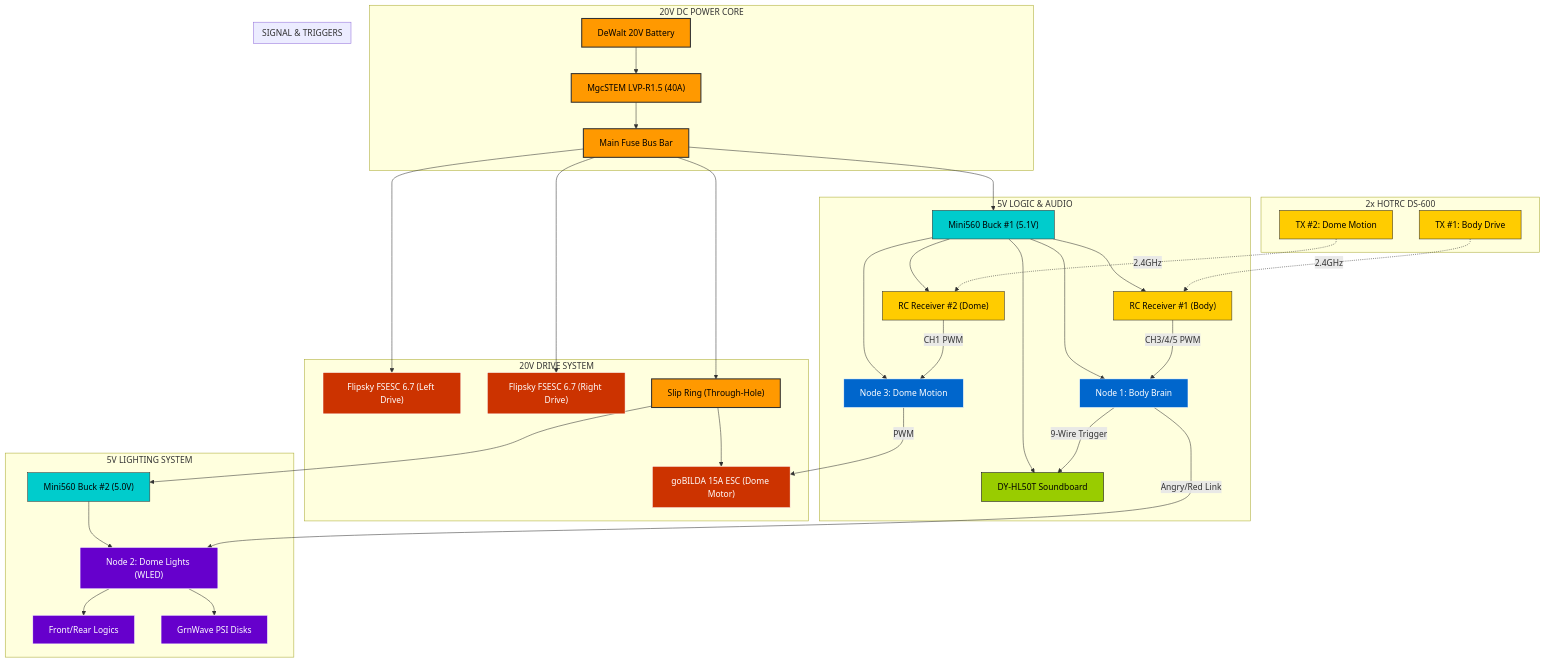
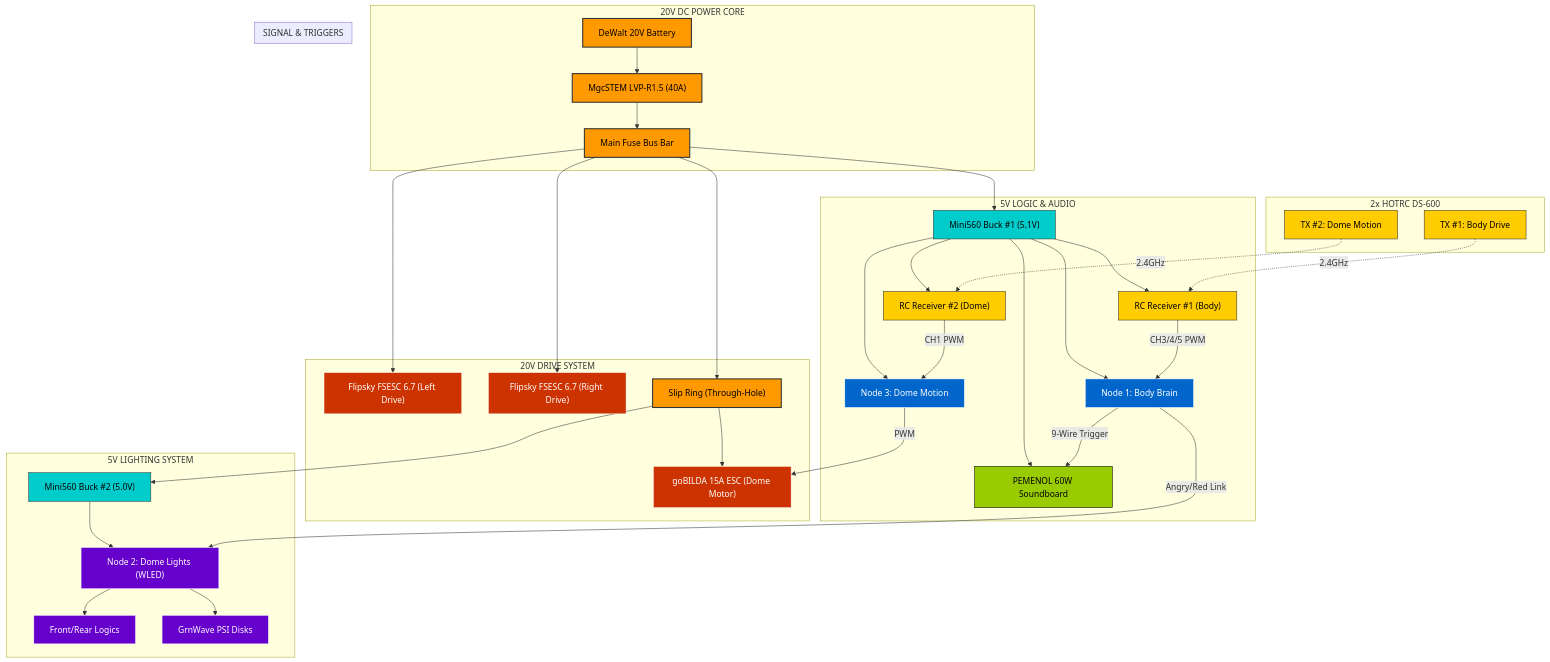
One commit to Ruzzler/Wee2-D2 changed the diagram in docs/electrical/electrical-schematic.md. Above: the diagram before and after it, drawn with Mermaid. The commit also changed 9 other files, not shown here.

Commit message:
Hardware Update: Rebranded soundboard to PEMENOL 60W and integrated product photos into manuals

````diff
--- a/docs/electrical/electrical-schematic.md
+++ b/docs/electrical/electrical-schematic.md
@@ -12,68 +12,68 @@
 ```mermaid
 graph TD
     subgraph TRANSMITTERS [2x HOTRC DS-600]
         TX1["TX #1: Body Drive"]:::signal
         TX2["TX #2: Dome Motion"]:::signal
     end
 
     subgraph POWER_SOURCE [20V DC POWER CORE]
         BAT["DeWalt 20V Battery"]:::power --> LVC["MgcSTEM LVP-R1.5 (40A)"]:::power
         LVC --> FUSE["Main Fuse Bus Bar"]:::power
     end
 
     subgraph HIGH_POWER_RAIL [20V DRIVE SYSTEM]
         FUSE --> ESC1["Flipsky FSESC 6.7 (Left Drive)"]:::drive
         FUSE --> ESC2["Flipsky FSESC 6.7 (Right Drive)"]:::drive
         FUSE --> SLIP["Slip Ring (Through-Hole)"]:::power
         SLIP --> ESC3["goBILDA 15A ESC (Dome Motor)"]:::drive
     end
 
     subgraph LOGIC_RAIL [5V LOGIC & AUDIO]
         FUSE --> BUCK1["Mini560 Buck #1 (5.1V)"]:::logic
         BUCK1 --> ESP1["Node 1: Body Brain"]:::brain
         BUCK1 --> ESP3["Node 3: Dome Motion"]:::brain
-        BUCK1 --> AUDIO["DY-HL50T Soundboard"]:::audio
+        BUCK1 --> AUDIO["PEMENOL 60W Soundboard"]:::audio
         BUCK1 --> RC1["RC Receiver #1 (Body)"]:::signal
         BUCK1 --> RC2["RC Receiver #2 (Dome)"]:::signal
     end
 
     subgraph LIGHT_RAIL [5V LIGHTING SYSTEM]
         SLIP --> BUCK2["Mini560 Buck #2 (5.0V)"]:::logic
         BUCK2 --> WLED["Node 2: Dome Lights (WLED)"]:::lights
         WLED --> LOGICS["Front/Rear Logics"]:::lights
         WLED --> PSIS["GrnWave PSI Disks"]:::lights
     end
 
     subgraph SIGNAL_INTERCONNECTS [SIGNAL & TRIGGERS]
         TX1 -. "2.4GHz" .-> RC1
         TX2 -. "2.4GHz" .-> RC2
         RC1 -- "CH3/4/5 PWM" --> ESP1
         ESP1 -- "9-Wire Trigger" --> AUDIO
         RC2 -- "CH1 PWM" --> ESP3
         ESP3 -- "PWM" --> ESC3
         ESP1 -- "Angry/Red Link" --> WLED
     end
 
     %% Direct Markdown-Relative Links for Interactivity
     click BAT "docs/electrical/lvp-r15-manual.md" "Power Core Manual"
     click LVC "docs/electrical/lvp-r15-manual.md" "LVC Manual"
     click ESC1 "docs/electrical/flipsky-fsesc-67-pro-manual.md" "Left Drive ESC Manual"
     click ESC2 "docs/electrical/flipsky-fsesc-67-pro-manual.md" "Right Drive ESC Manual"
     click SLIP "docs/electrical/cnbtr-slip-ring-manual.md" "Slip Ring Manual"
-    click AUDIO "docs/electrical/dy-hl50t-manual.md" "Soundboard Manual"
+    click AUDIO "docs/electrical/pemenol-60w-voice-manual.md" "Soundboard Specs"
     click PSIS "docs/electrical/grnwave-psi-manual.md" "PSI Logic Manual"
     click ESP1 "firmware/node1-body-brain/body-brain.yaml" "Node 1 Configuration"
     click ESP3 "firmware/node3-dome-motion/dome-motion.yaml" "Node 3 Configuration"
     click WLED "firmware/node2-dome-lights/README.md" "Node 2 Configuration"
     click ESC3 "docs/components/bill-of-materials.md" "Dome ESC Specs"
     click TX1 "docs/electrical/hotrc-ds600-manual.md" "Body Transmitter Manual"
     click TX2 "docs/electrical/hotrc-ds600-manual.md" "Dome Transmitter Manual"
 
     classDef power fill:#ff9900,stroke:#333,stroke-width:2px,color:#000
     classDef drive fill:#cc3300,stroke:#fff,color:#fff
     classDef logic fill:#00cccc,stroke:#333,color:#000
     classDef brain fill:#0066cc,stroke:#fff,color:#fff
     classDef audio fill:#99cc00,stroke:#000,color:#000
     classDef signal fill:#ffcc00,stroke:#333,color:#000
     classDef lights fill:#6600cc,stroke:#fff,color:#fff
 ```
````
